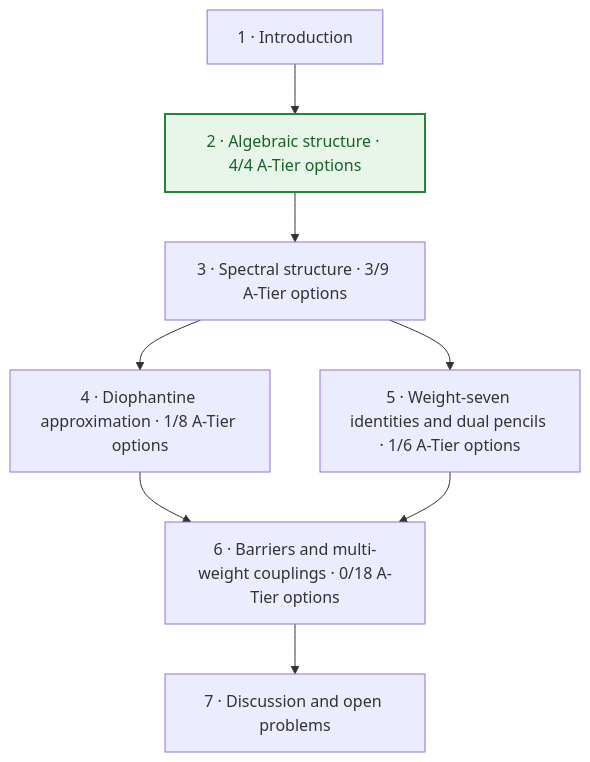
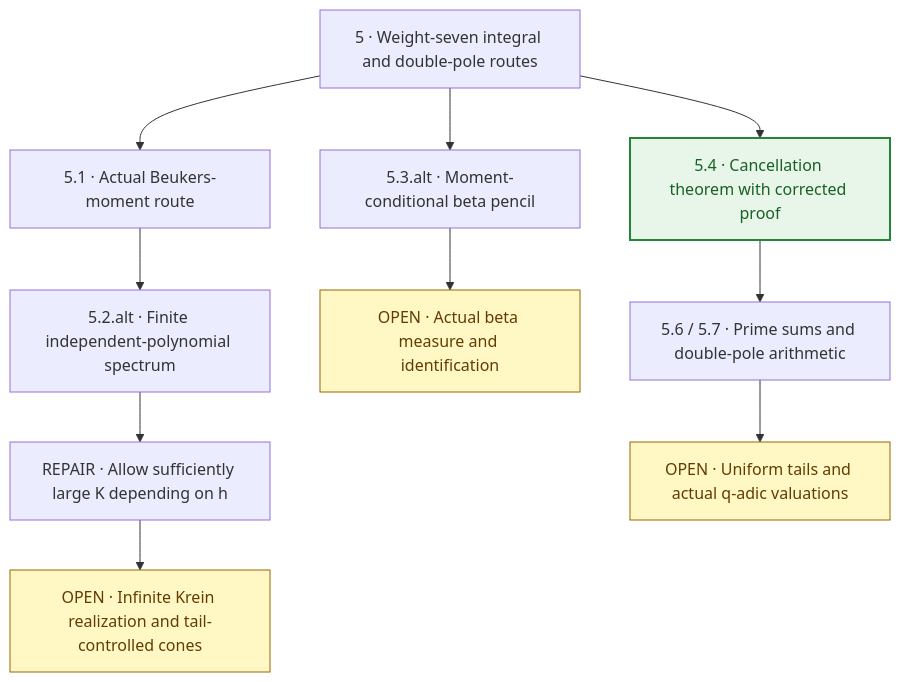
Before and after one commit to randogelist/zetahyperbolic-axiom: the fifth of 7 diagrams in README.md, drawn with Mermaid. The commit also changed other lines of this file, not shown here.

Commit message:
docs: split chapter flowcharts into routes and deadpoints [skip ci]

````diff
--- a/README.md
+++ b/README.md
@@ -53,21 +260,28 @@
 ```mermaid
 flowchart TD
-    C1["1 · Introduction"]
-    C2["2 · Algebraic structure · 4/4 A-Tier options"]
-    C3["3 · Spectral structure · 3/9 A-Tier options"]
-    C4["4 · Diophantine approximation · 1/8 A-Tier options"]
-    C5["5 · Weight-seven identities and dual pencils · 1/6 A-Tier options"]
-    C6["6 · Barriers and multi-weight couplings · 0/18 A-Tier options"]
-    C7["7 · Discussion and open problems"]
+    C5["5 · Weight-seven integral and double-pole routes"]
+    M["5.1 · Actual Beukers-moment route"]
+    F["5.2.alt · Finite independent-polynomial spectrum"]
+    T["OPEN · Infinite Krein realization and tail-controlled cones"]
+    Q["REPAIR · Allow sufficiently large K depending on h"]
+    B["5.3.alt · Moment-conditional beta pencil"]
+    BA["OPEN · Actual beta measure and identification"]
+    P["5.4 · Cancellation theorem with corrected proof"]
+    A["5.6 / 5.7 · Prime sums and double-pole arithmetic"]
+    AO["OPEN · Uniform tails and actual q-adic valuations"]
 
-    C1 --> C2
-    C2 --> C3
-    C3 --> C4
-    C3 --> C5
-    C4 --> C6
-    C5 --> C6
-    C6 --> C7
+    C5 --> M
+    M --> F
+    F --> Q
+    Q --> T
+    C5 --> B
+    B --> BA
+    C5 --> P
+    P --> A
+    A --> AO
 
-    classDef complete fill:#e8f5e9,stroke:#238636,color:#196127,stroke-width:2px;
-    class C2 complete;
+    classDef verified fill:#e8f5e9,stroke:#238636,color:#196127,stroke-width:2px;
+    classDef open fill:#fff8c5,stroke:#9a6700,color:#633c01;
+    class P verified;
+    class T,BA,AO open;
 ```
````
